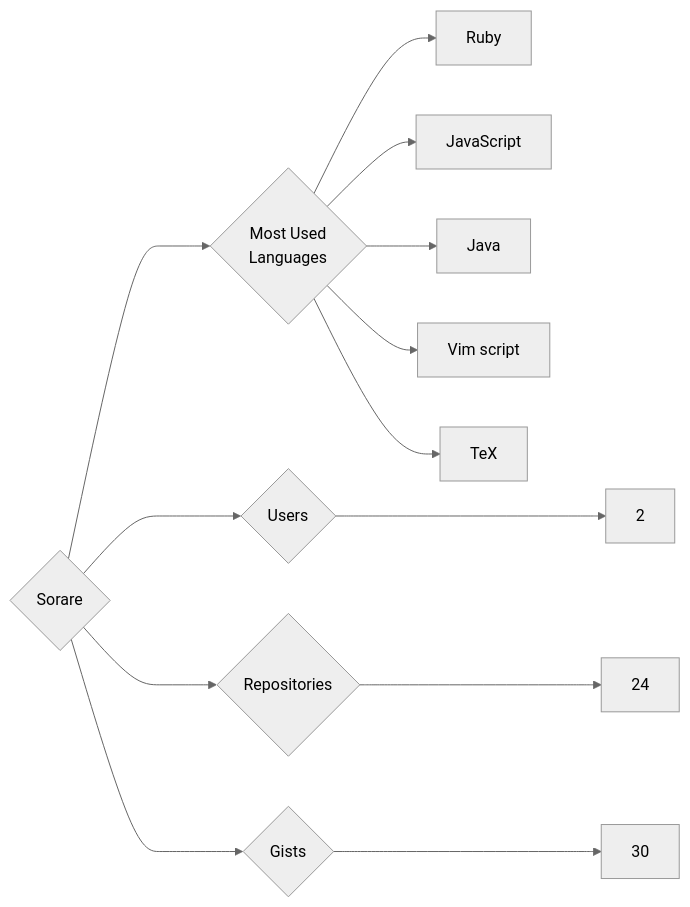
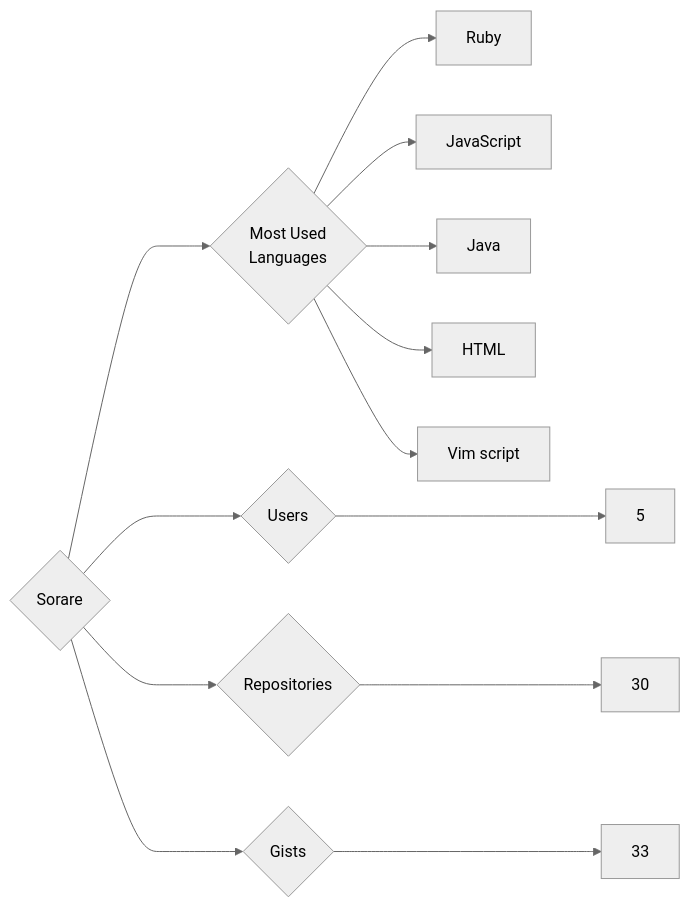
One commit to trickest/insiders changed the diagram in targets/Sorare/README.md. Above: the diagram before and after it, drawn with Mermaid (neutral theme). The commit also changed 912 other files, not shown here.

````diff
--- a/targets/Sorare/README.md
+++ b/targets/Sorare/README.md
@@ -3,13 +3,13 @@
 ```mermaid
 graph LR
 COMPANY_NAME{Sorare}
-COMPANY_NAME ---> U{Users} ---> UN[2]
-COMPANY_NAME ---> R{Repositories} ---> RN[24]
-COMPANY_NAME ---> G{Gists} ---> GN[30]
+COMPANY_NAME ---> U{Users} ---> UN[5]
+COMPANY_NAME ---> R{Repositories} ---> RN[30]
+COMPANY_NAME ---> G{Gists} ---> GN[33]
 COMPANY_NAME ---> ML{Most Used<br>Languages}
 ML --> Ruby[Ruby]
 ML --> JavaScript[JavaScript]
 ML --> Java[Java]
+ML --> HTML[HTML]
 ML --> Vim_script[Vim script]
-ML --> TeX[TeX]
 ```
````
